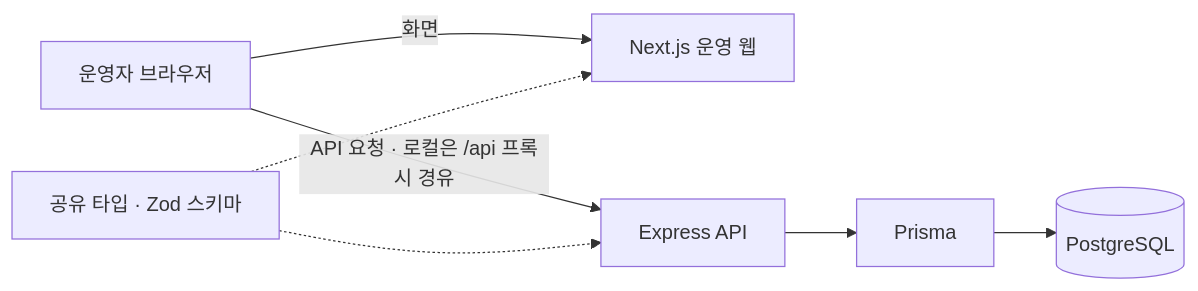
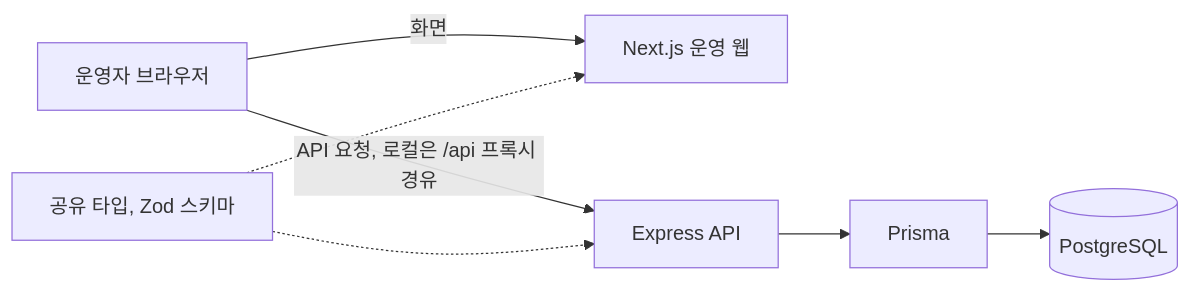
Before and after one commit to pair-study/fragment: the diagram in README.md, drawn with Mermaid. The commit also changed other lines of this file, not shown here.

````diff
--- a/README.md
+++ b/README.md
@@ -98,9 +98,9 @@
 ```mermaid
 flowchart LR
     Browser[운영자 브라우저] -->|화면| Web[Next.js 운영 웹]
-    Browser -->|API 요청 · 로컬은 /api 프록시 경유| API[Express API]
+    Browser -->|API 요청, 로컬은 /api 프록시 경유| API[Express API]
     API --> Prisma[Prisma]
     Prisma --> DB[(PostgreSQL)]
-    Shared[공유 타입 · Zod 스키마] -.-> Web
+    Shared[공유 타입, Zod 스키마] -.-> Web
     Shared -.-> API
 ```
````
